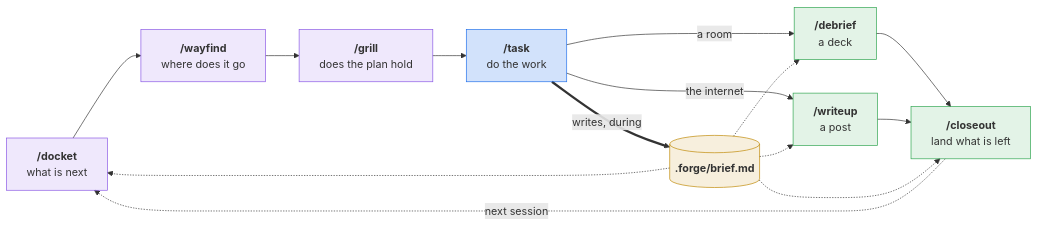
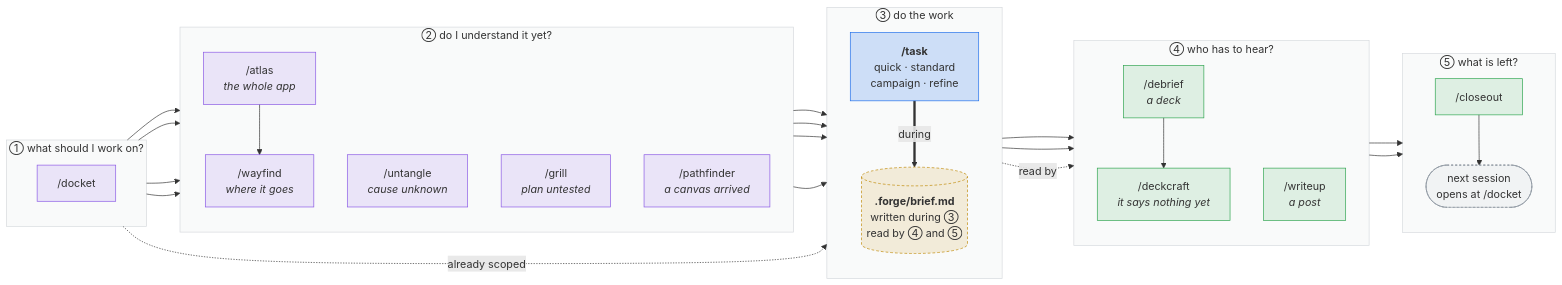
One commit to LucianoAdonis/neorgon-forge changed the first of 2 diagrams in README.md. Above: the diagram before and after it, drawn with Mermaid. The commit also changed other lines of this file, not shown here.

````diff
--- a/README.md
+++ b/README.md
@@ -26,22 +30,66 @@
 ```mermaid
 flowchart LR
-    D["<b>/docket</b><br/>what is next"] --> W["<b>/wayfind</b><br/>where does it go"]
-    W --> G["<b>/grill</b><br/>does the plan hold"]
-    G --> T["<b>/task</b><br/>do the work"]
-    T -- a room --> DB["<b>/debrief</b><br/>a deck"]
-    T -- the internet --> WU["<b>/writeup</b><br/>a post"]
-    DB --> C["<b>/closeout</b><br/>land what is left"]
-    WU --> C
-    C -. next session .-> D
-    T == writes, during ==> BR[("<b>.forge/brief.md</b>")]
-    BR -.-> D & DB & WU & C
+    subgraph S1["① what should I work on?"]
+        direction TB
+        docket["/docket"]
+    end
+    subgraph S2["② do I understand it yet?"]
+        direction TB
+        atlas["/atlas<br/><i>the whole app</i>"]
+        wayfind["/wayfind<br/><i>where it goes</i>"]
+        untangle["/untangle<br/><i>cause unknown</i>"]
+        grill["/grill<br/><i>plan untested</i>"]
+        pathfinder["/pathfinder<br/><i>a canvas arrived</i>"]
+    end
+    subgraph S3["③ do the work"]
+        direction TB
+        task["<b>/task</b><br/>quick · standard<br/>campaign · refine"]
+        brief[("<b>.forge/brief.md</b><br/>written during ③<br/>read by ④ and ⑤")]
+    end
+    subgraph S5["⑤ what is left?"]
+        direction TB
+        closeout["/closeout"]
+        again(["next session<br/>opens at /docket"])
+    end
+    subgraph S4["④ who has to hear?"]
+        direction TB
+        debrief["/debrief<br/><i>a deck</i>"]
+        writeup["/writeup<br/><i>a post</i>"]
+        deckcraft["/deckcraft<br/><i>it says nothing yet</i>"]
+    end
+
+    docket --> atlas
+    docket --> untangle
+    docket --> grill
+    docket --> pathfinder
+    docket -. "already scoped" .-> task
+    atlas --> wayfind
+    wayfind --> task
+    untangle --> task
+    grill --> task
+    pathfinder --> task
+    task == during ==> brief
+    task --> debrief
+    task --> writeup
+    debrief --> deckcraft
+    brief -. read by .-> debrief
+    debrief --> closeout
+    writeup --> closeout
+    closeout --> again
 
     classDef before fill:#8957e522,stroke:#8957e5
     classDef during fill:#1f6feb33,stroke:#1f6feb
     classDef after  fill:#2da44e22,stroke:#2da44e
-    classDef brief  fill:#bf870022,stroke:#bf8700
-    class D,W,G before
-    class T during
-    class DB,WU,C after
-    class BR brief
+    classDef store  fill:#bf870022,stroke:#bf8700,stroke-dasharray:4 3
+    classDef exit   fill:#8b949e11,stroke:#8b949e,stroke-dasharray:3 3
+    class docket,untangle,atlas,wayfind,grill,pathfinder before
+    class task during
+    class debrief,writeup,closeout,deckcraft after
+    class brief store
+    class again exit
+    style S1 fill:#8b949e0d,stroke:#8b949e55
+    style S2 fill:#8b949e0d,stroke:#8b949e55
+    style S3 fill:#8b949e0d,stroke:#8b949e55
+    style S4 fill:#8b949e0d,stroke:#8b949e55
+    style S5 fill:#8b949e0d,stroke:#8b949e55
 ```
````
